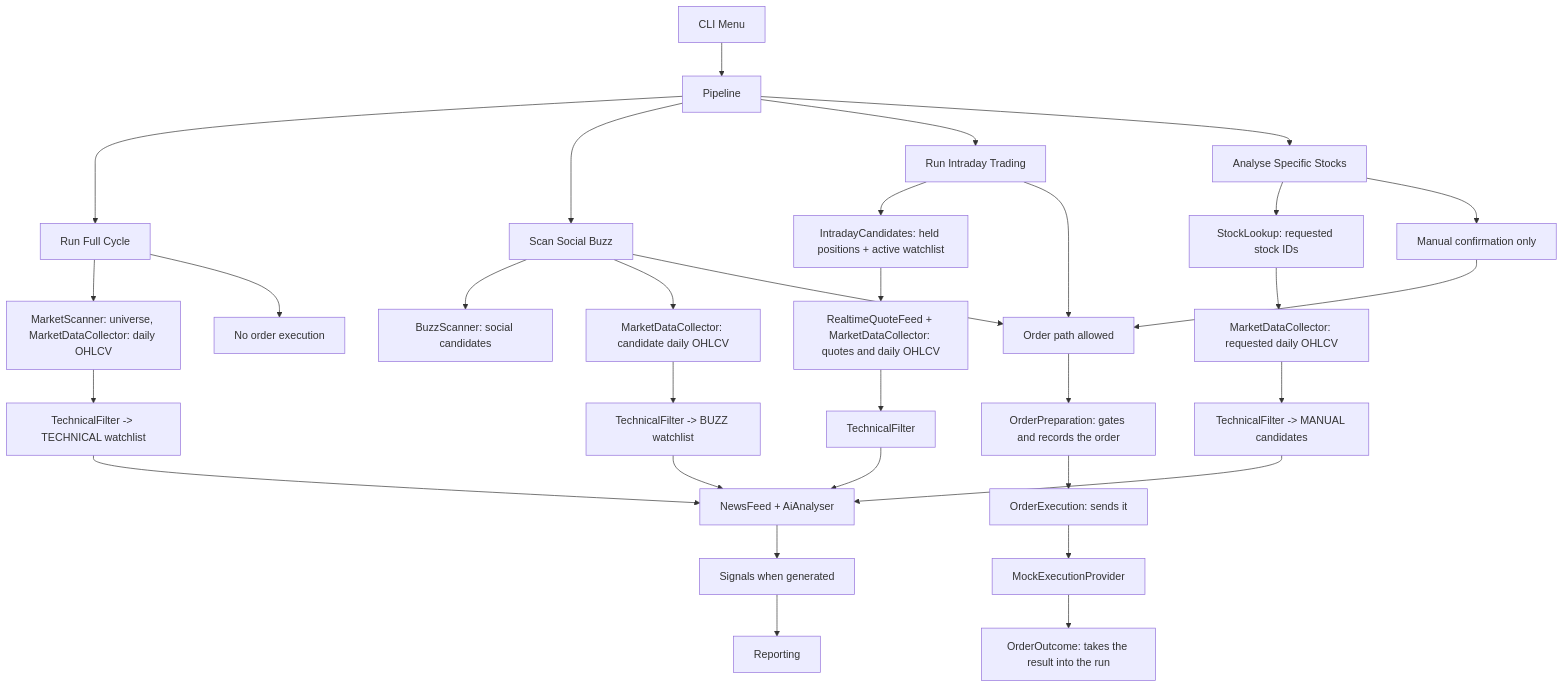
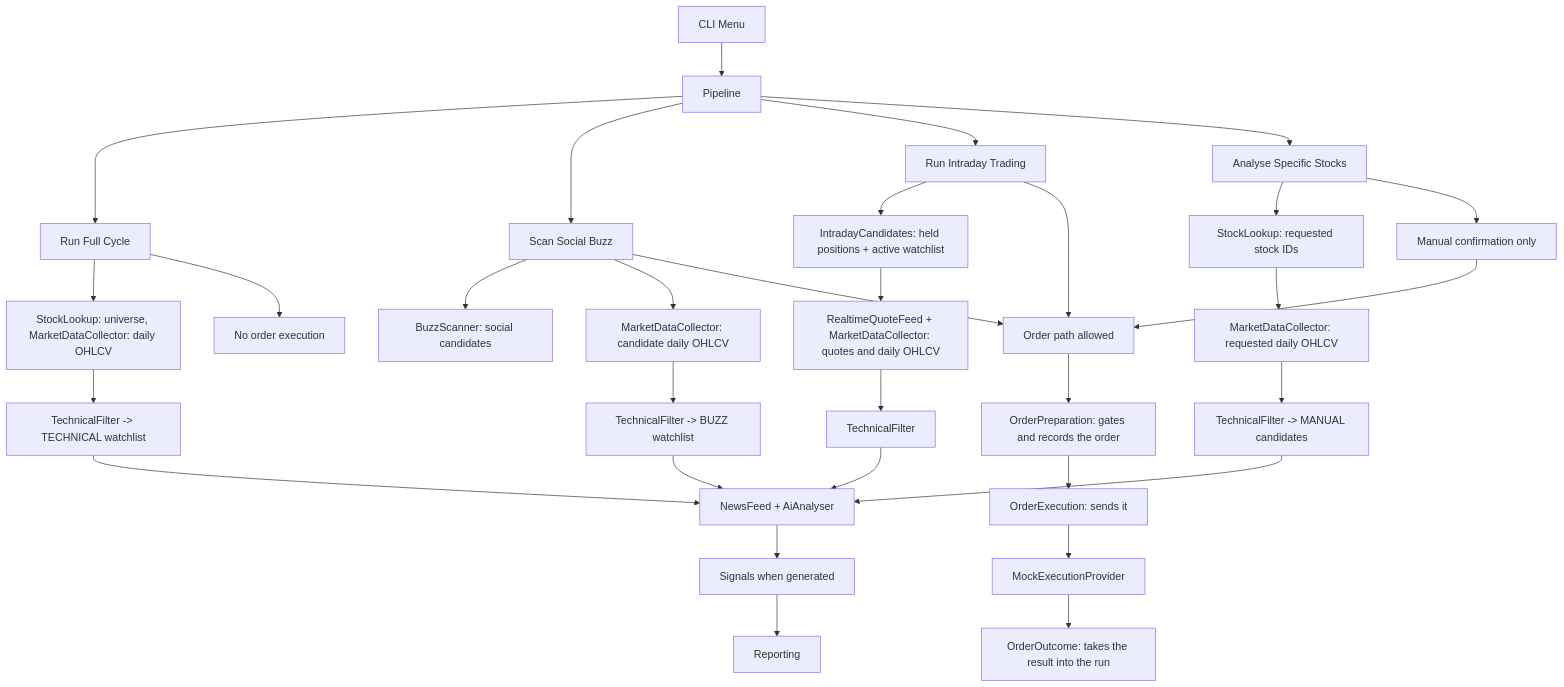
One commit to doluludadada/stock-agent changed the diagram in README.md. Above: the diagram before and after it, drawn with Mermaid. The commit also changed other lines of this file and 201 other files, not shown here.

````diff
--- a/README.md
+++ b/README.md
@@ -119,40 +119,40 @@
 ```mermaid
 flowchart TD
     CLI[CLI Menu] --> WF[Pipeline]
 
     WF --> FULL[Run Full Cycle]
     WF --> BUZZ[Scan Social Buzz]
     WF --> DAY[Run Intraday Trading]
     WF --> ONE[Analyse Specific Stocks]
 
-    FULL --> MS1[MarketScanner: universe, MarketDataCollector: daily OHLCV]
+    FULL --> MS1[StockLookup: universe, MarketDataCollector: daily OHLCV]
     BUZZ --> BS[BuzzScanner: social candidates]
     BUZZ --> MS2[MarketDataCollector: candidate daily OHLCV]
     DAY --> LOAD[IntradayCandidates: held positions + active watchlist]
     LOAD --> MS3[RealtimeQuoteFeed + MarketDataCollector: quotes and daily OHLCV]
     ONE --> STOCK[StockLookup: requested stock IDs]
     STOCK --> MS4[MarketDataCollector: requested daily OHLCV]
 
     MS1 --> TF1[TechnicalFilter -> TECHNICAL watchlist]
     MS2 --> TF2[TechnicalFilter -> BUZZ watchlist]
     MS3 --> TF3[TechnicalFilter]
     MS4 --> TF4[TechnicalFilter -> MANUAL candidates]
 
     TF1 --> AP[NewsFeed + AiAnalyser]
     TF2 --> AP
     TF3 --> AP
     TF4 --> AP
 
     AP --> SIG[Signals when generated]
     SIG --> REP[Reporting]
 
     FULL --> NOORDER[No order execution]
     BUZZ --> ORDERABLE[Order path allowed]
     DAY --> ORDERABLE
     ONE --> MANUAL[Manual confirmation only]
     MANUAL --> ORDERABLE
     ORDERABLE --> PREP[OrderPreparation: gates and records the order]
     PREP --> ORDER[OrderExecution: sends it]
     ORDER --> MOCK[MockExecutionProvider]
     MOCK --> OUT[OrderOutcome: takes the result into the run]
 ```
````
